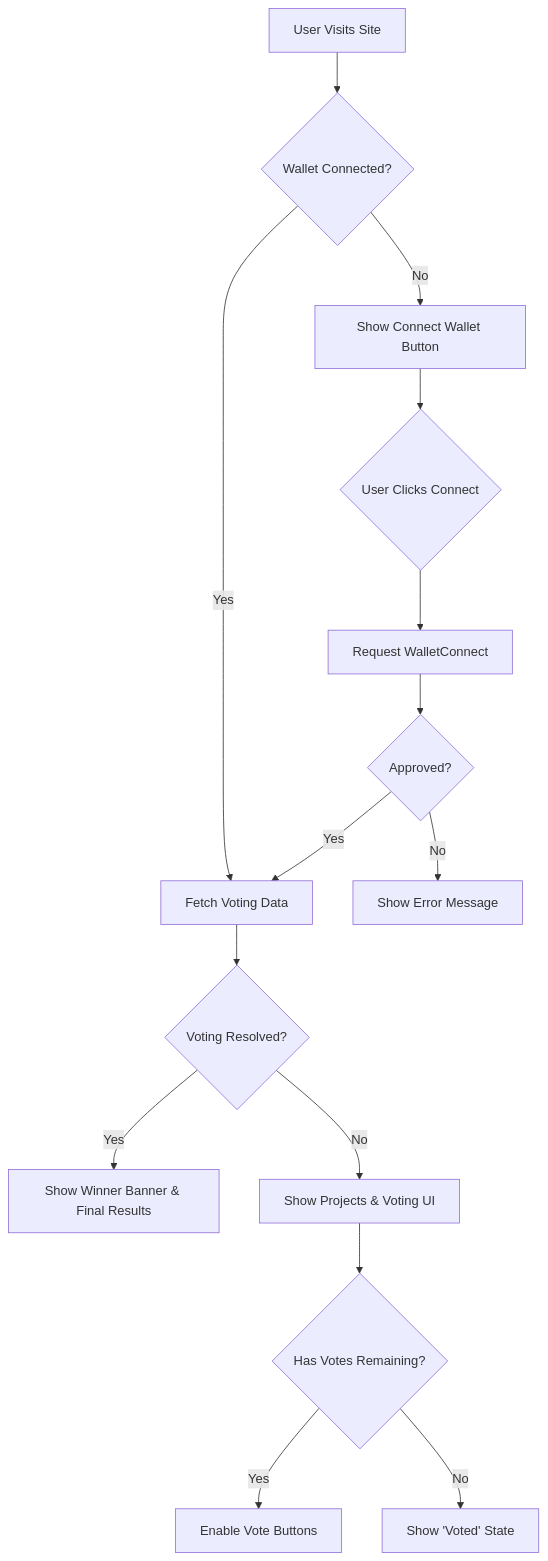
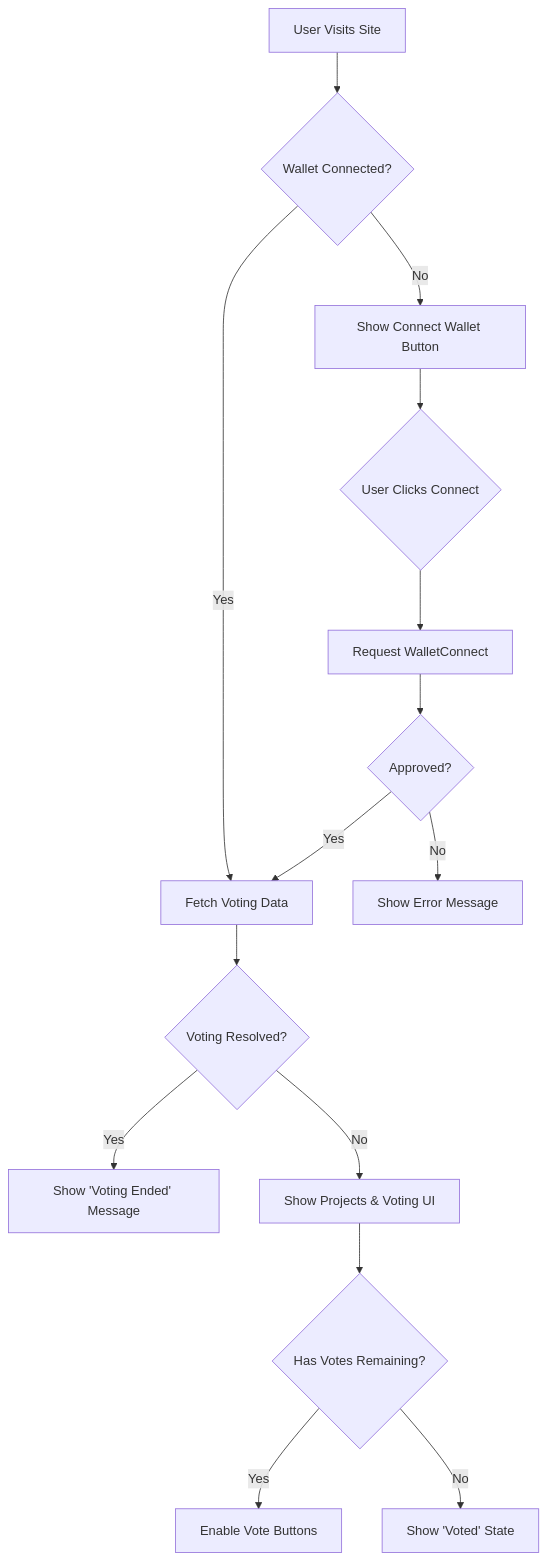
Before and after one commit to communetxyz/HackatsuonVoting: the diagram in FRONTEND_SPEC.md, drawn with Mermaid. The commit also changed other lines of this file and 1 other file, not shown here.

Commit message:
Configure Gnosis deployment for main branch only and remove winner display
Changes:
- Gnosis CI now triggers only on push to main (production deployments)
- Remove release and pull request triggers
- Frontend spec: remove winner/results display from UI
- Voting ended state now shows simple message without winner information

🤖 Generated with [Claude Code](https://claude.com/claude-code)

````diff
--- a/FRONTEND_SPEC.md
+++ b/FRONTEND_SPEC.md
@@ -213,17 +213,17 @@
 ```mermaid
 flowchart TD
     A[User Visits Site] --> B{Wallet Connected?}
     B -->|No| C[Show Connect Wallet Button]
     C --> D{User Clicks Connect}
     D --> E[Request WalletConnect]
     E --> F{Approved?}
     F -->|Yes| G[Fetch Voting Data]
     F -->|No| H[Show Error Message]
     B -->|Yes| G
     G --> I{Voting Resolved?}
-    I -->|Yes| J[Show Winner Banner & Final Results]
+    I -->|Yes| J[Show 'Voting Ended' Message]
     I -->|No| K[Show Projects & Voting UI]
     K --> L{Has Votes Remaining?}
     L -->|Yes| M[Enable Vote Buttons]
     L -->|No| N[Show 'Voted' State]
 ```
````
